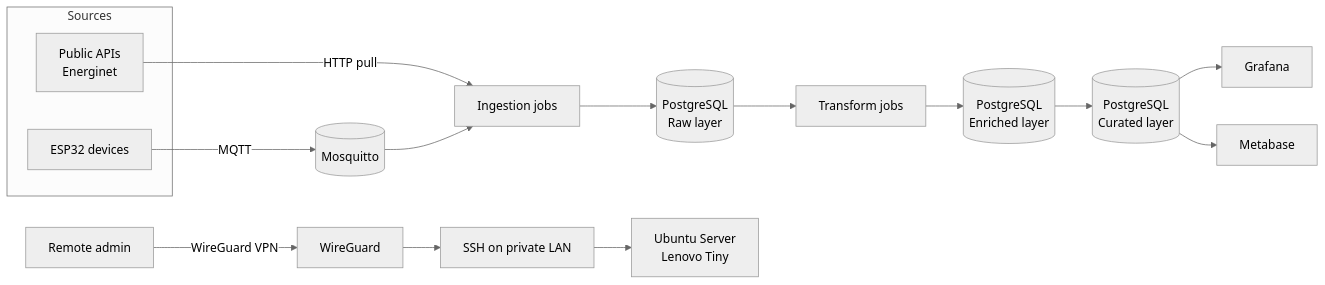
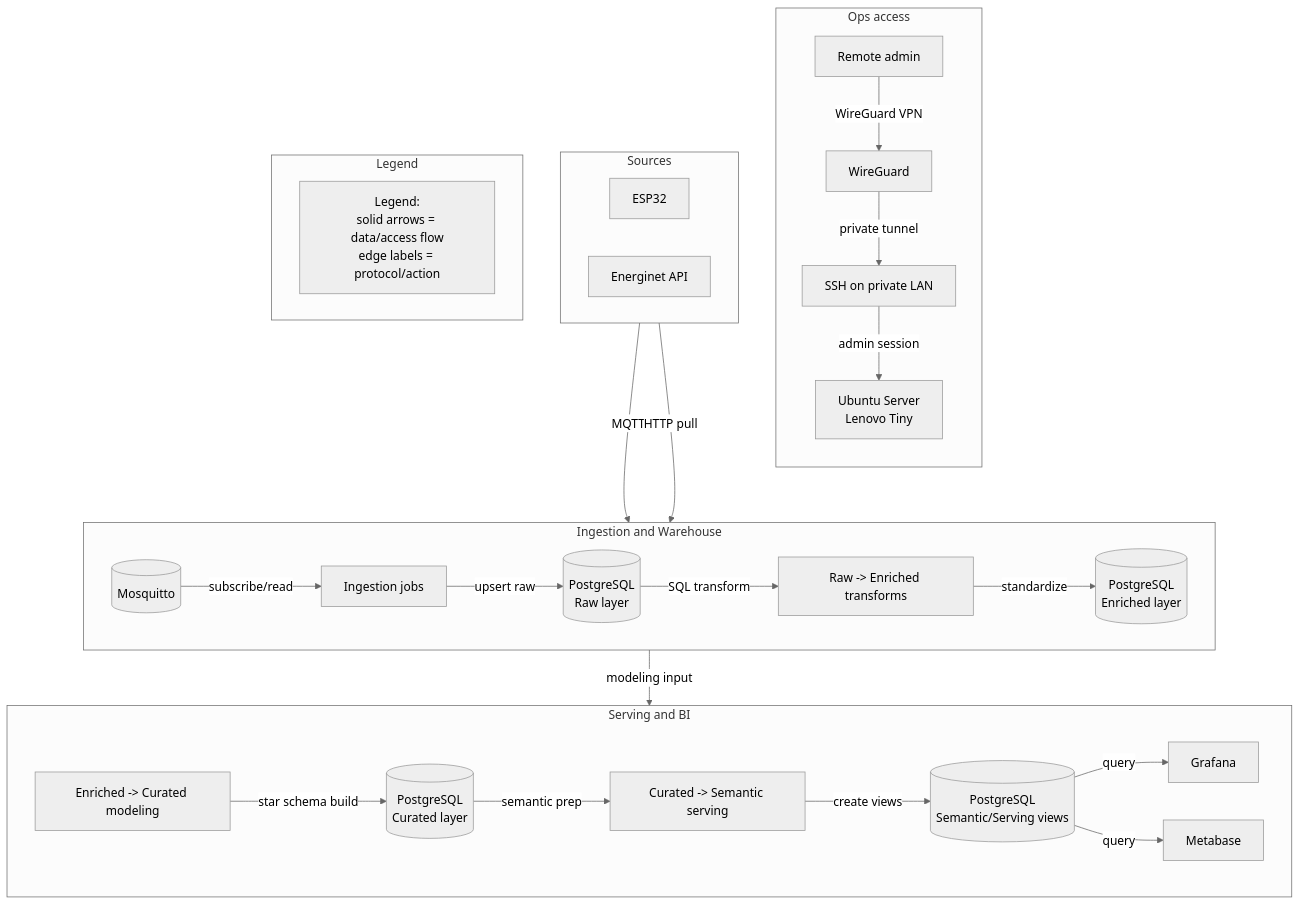
The first of 3 diagrams in README.md (EnTekLasse/commons-anchor), drawn with Mermaid (neutral theme) before and after one commit. The commit also changed other lines of this file and 8 other files, not shown here.

First line of the commit message:
feat: evolve warehouse architecture and harden Mermaid validation

````diff
--- a/README.md
+++ b/README.md
@@ -43,34 +43,58 @@
 ```mermaid
 %% AUTO-GENERATED FROM docs/architecture/diagram-model.json
-flowchart LR
-  subgraph Sources
-    E[ESP32 devices]
-    A[Public APIs<br/>Energinet]
+flowchart TB
+  subgraph Ops access
+    direction TB
+    U["Remote admin"]
+    WG["WireGuard"]
+    SSH["SSH on private LAN"]
+    H["Ubuntu Server<br/>Lenovo Tiny"]
   end
 
-  M[(Mosquitto)]
-  I[Ingestion jobs]
-  B[(PostgreSQL<br/>Raw layer)]
-  T[Transform jobs]
-  S[(PostgreSQL<br/>Enriched layer)]
-  G1[(PostgreSQL<br/>Curated layer)]
-  G[Grafana]
-  MB[Metabase]
-  U[Remote admin]
-  WG[WireGuard]
-  SSH[SSH on private LAN]
-  H[Ubuntu Server<br/>Lenovo Tiny]
+  subgraph Sources
+    direction LR
+    E["ESP32"]
+    A["Energinet API"]
+  end
+
+  subgraph Ingestion and Warehouse
+    direction LR
+    M[("Mosquitto")]
+    I["Ingestion jobs"]
+    B[("PostgreSQL<br/>Raw layer")]
+    TR["Raw -> Enriched transforms"]
+    S[("PostgreSQL<br/>Enriched layer")]
+  end
+
+  subgraph Serving and BI
+    direction LR
+    TC["Enriched -> Curated modeling"]
+    G1[("PostgreSQL<br/>Curated layer")]
+    TS["Curated -> Semantic serving"]
+    SV[("PostgreSQL<br/>Semantic/Serving views")]
+    G["Grafana"]
+    MB["Metabase"]
+  end
+
+  subgraph Legend
+    direction LR
+    L1["Legend:<br/>solid arrows = data/access flow<br/>edge labels = protocol/action"]
+  end
+
 
   E -->|MQTT| M
   A -->|HTTP pull| I
-  M --> I
-  I --> B
-  B --> T
-  T --> S
-  S --> G1
-  G1 --> G
-  G1 --> MB
+  M -->|subscribe/read| I
+  I -->|upsert raw| B
+  B -->|SQL transform| TR
+  TR -->|standardize| S
+  S -->|modeling input| TC
+  TC -->|star schema build| G1
+  G1 -->|semantic prep| TS
+  TS -->|create views| SV
+  SV -->|query| G
+  SV -->|query| MB
   U -->|WireGuard VPN| WG
-  WG --> SSH
-  SSH --> H
+  WG -->|private tunnel| SSH
+  SSH -->|admin session| H
 ```
````
